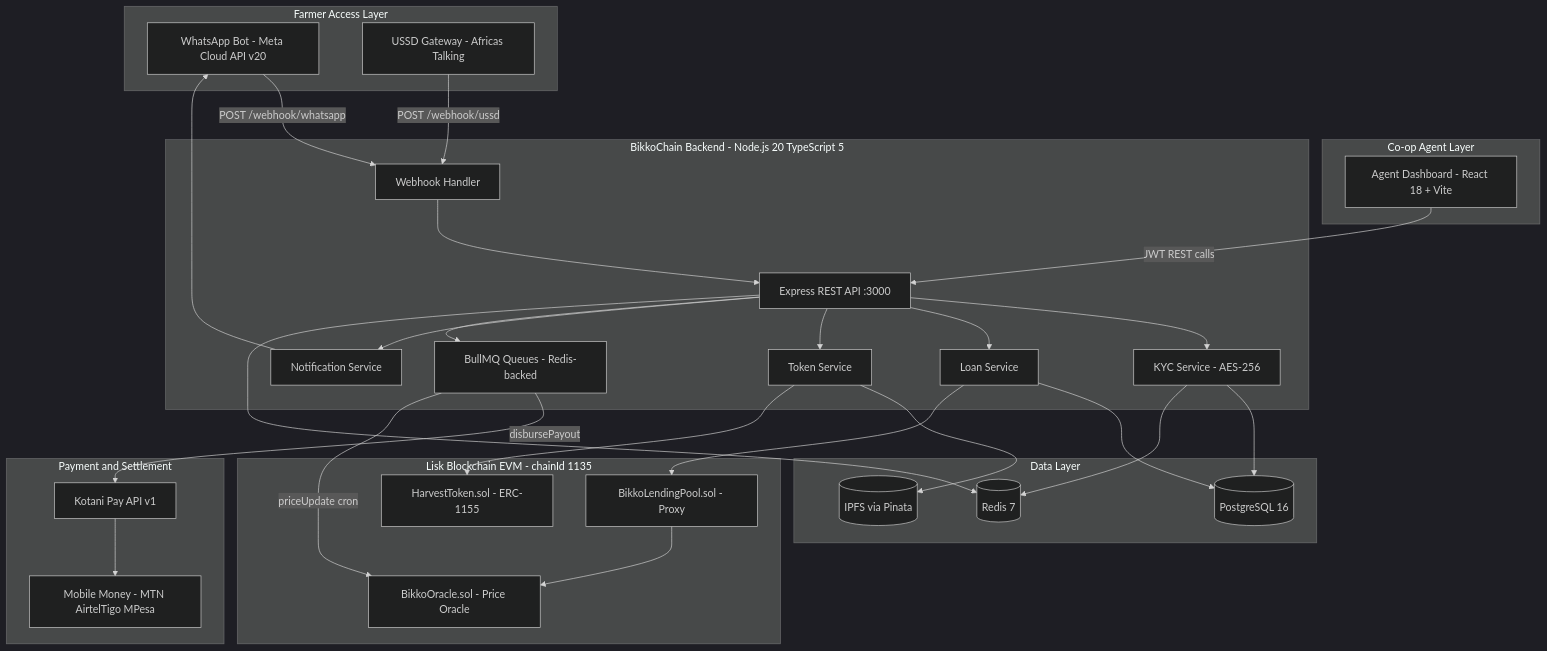
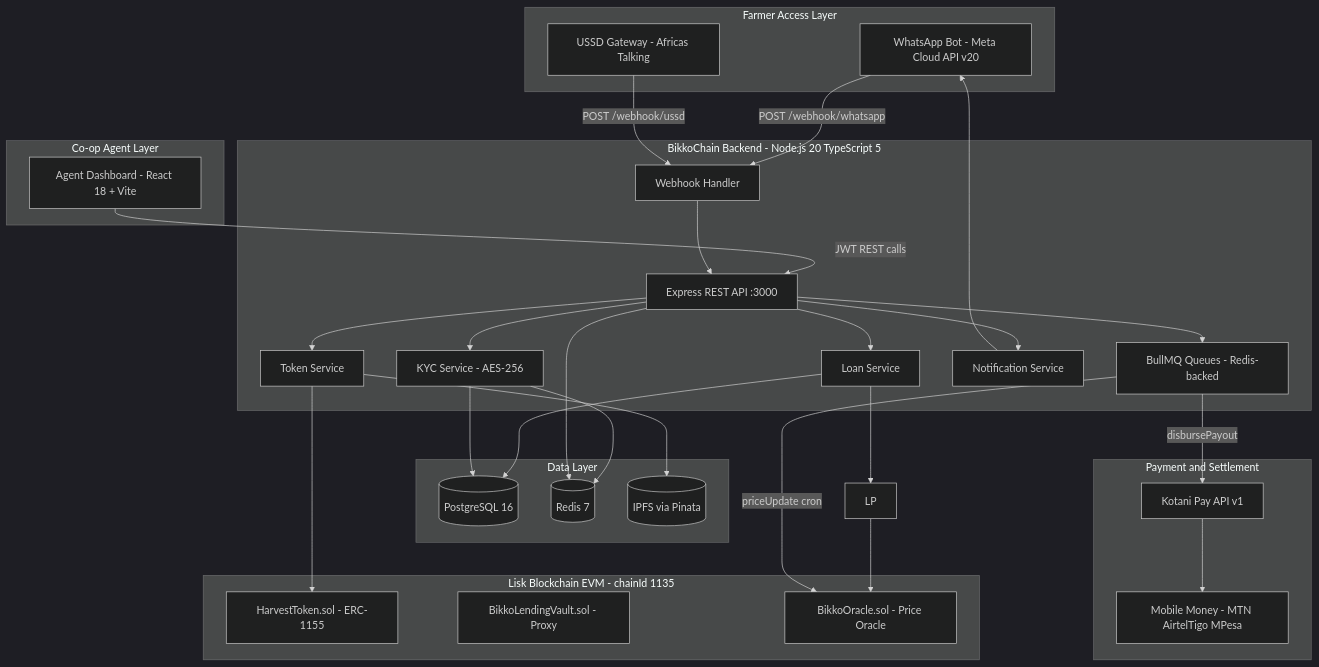
One commit to BikkoFarms/bikkofarms-platform changed the diagram in .ai/context/architecture.md. Above: the diagram before and after it, drawn with Mermaid (dark theme). The commit also changed other lines of this file and 16 other files, not shown here.

````diff
--- a/.ai/context/architecture.md
+++ b/.ai/context/architecture.md
@@ -9,60 +9,60 @@
 ```mermaid
 graph TB
     subgraph FARMER["Farmer Access Layer"]
         WA[WhatsApp Bot - Meta Cloud API v20]
         USSD[USSD Gateway - Africas Talking]
     end
 
     subgraph AGENT["Co-op Agent Layer"]
         DASH[Agent Dashboard - React 18 + Vite]
     end
 
     subgraph BACKEND["BikkoChain Backend - Node.js 20 TypeScript 5"]
         API[Express REST API :3000]
         WH[Webhook Handler]
         Q[BullMQ Queues - Redis-backed]
         KYC[KYC Service - AES-256]
         LOAN[Loan Service]
         TOKEN[Token Service]
         NOTIFY[Notification Service]
     end
 
     subgraph DB["Data Layer"]
         PG[(PostgreSQL 16)]
         REDIS[(Redis 7)]
         IPFS[(IPFS via Pinata)]
     end
 
     subgraph CHAIN["Lisk Blockchain EVM - chainId 1135"]
         HT[HarvestToken.sol - ERC-1155]
-        LP[BikkoLendingPool.sol - Proxy]
+        LV[BikkoLendingVault.sol - Proxy]
         ORC[BikkoOracle.sol - Price Oracle]
     end
 
     subgraph PAY["Payment and Settlement"]
         KP[Kotani Pay API v1]
         MM[Mobile Money - MTN AirtelTigo MPesa]
     end
 
     WA -->|POST /webhook/whatsapp| WH
     USSD -->|POST /webhook/ussd| WH
     DASH -->|JWT REST calls| API
     WH --> API
     API --> KYC
     API --> LOAN
     API --> TOKEN
     API --> NOTIFY
     API --> Q
     LOAN --> PG
     KYC --> PG
     KYC --> REDIS
     NOTIFY --> WA
     Q -->|disbursePayout| KP
     TOKEN --> IPFS
     TOKEN --> HT
     LOAN --> LP
     LP --> ORC
     KP --> MM
     API --> REDIS
     Q -->|priceUpdate cron| ORC
 ```
````
